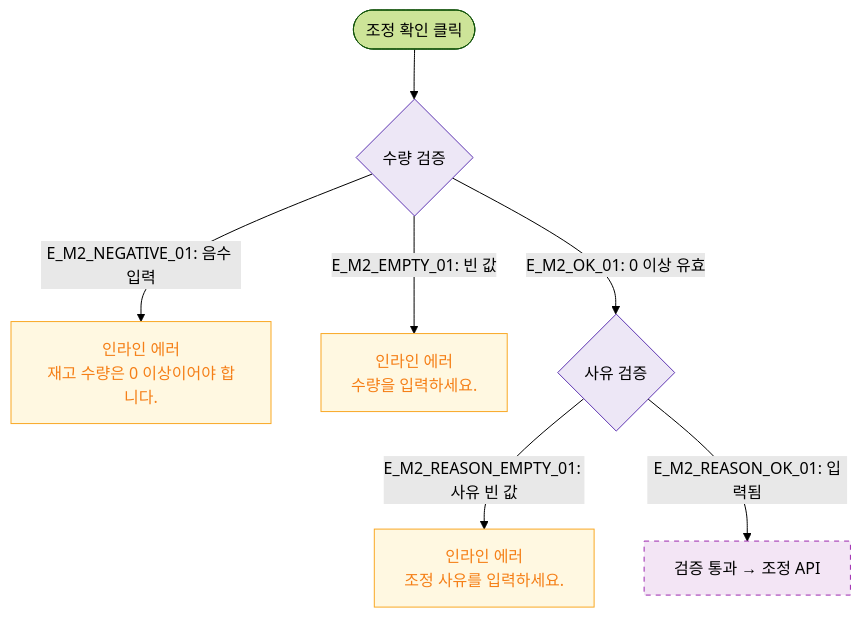
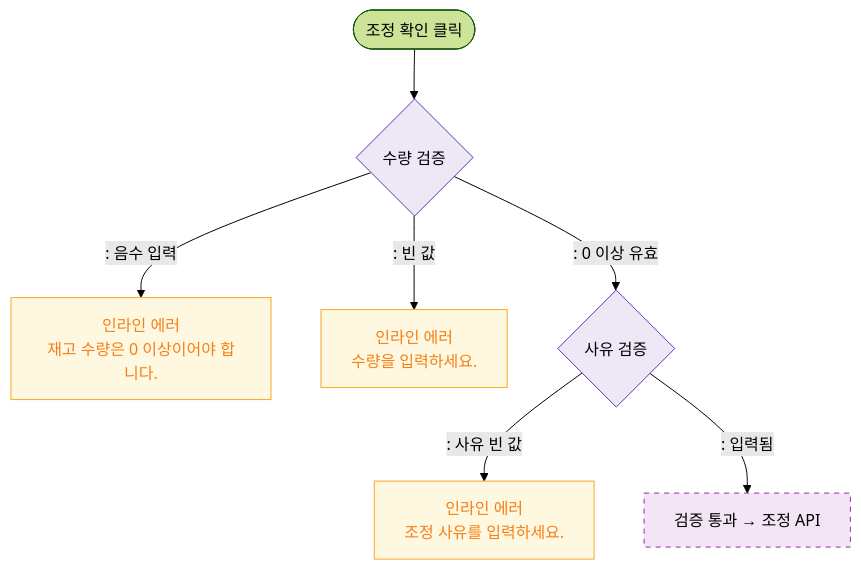
Before and after one commit to dev-spogym/admin-pando: the diagram in docs/다이어그램/D05_상품관리/DLG/DLG-P014_재고조정/M2_필드검증.md, drawn with Mermaid (forest theme). The commit also changed other lines of this file and 1660 other files, not shown here.

First line of the commit message:
다이어그램: 기획자/클라이언트 납품본으로 정리

````diff
--- a/docs/다이어그램/D05_상품관리/DLG/DLG-P014_재고조정/M2_필드검증.md
+++ b/docs/다이어그램/D05_상품관리/DLG/DLG-P014_재고조정/M2_필드검증.md
@@ -16,17 +14,17 @@
 ```mermaid
 flowchart TD
     SUBMIT([조정 확인 클릭]) --> V1{수량 검증}
-    V1 -->|"E_M2_NEGATIVE_01: 음수 입력"| ErrNeg[인라인 에러\n재고 수량은 0 이상이어야 합니다.]
-    V1 -->|"E_M2_EMPTY_01: 빈 값"| ErrEmpty[인라인 에러\n수량을 입력하세요.]
-    V1 -->|"E_M2_OK_01: 0 이상 유효"| V2{사유 검증}
+    V1 -->|": 음수 입력"|ErrNeg[인라인 에러\n재고 수량은 0 이상이어야 합니다.]
+    V1 -->|": 빈 값"|ErrEmpty[인라인 에러\n수량을 입력하세요.]
+    V1 -->|": 0 이상 유효"|V2{사유 검증}
 
-    V2 -->|"E_M2_REASON_EMPTY_01: 사유 빈 값"| ErrReason[인라인 에러\n조정 사유를 입력하세요.]
-    V2 -->|"E_M2_REASON_OK_01: 입력됨"| Pass[검증 통과 → 조정 API]
+    V2 -->|": 사유 빈 값"|ErrReason[인라인 에러\n조정 사유를 입력하세요.]
+    V2 -->|": 입력됨"|Pass[검증 통과 → 조정 API]
 
     classDef newFeature fill:#F3E5F5,stroke:#9C27B0,stroke-dasharray:5 5
     classDef warning fill:#FFF8E1,stroke:#F9A825,color:#F57F17
     classDef system fill:#EDE7F6,stroke:#5E35B2
     class Pass newFeature
     class ErrNeg,ErrEmpty,ErrReason warning
     class V1,V2 system
 ```
````
